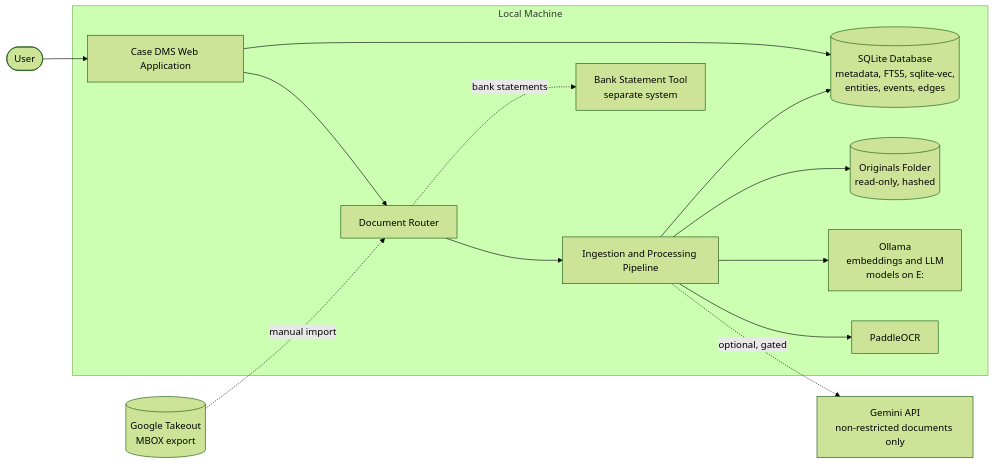
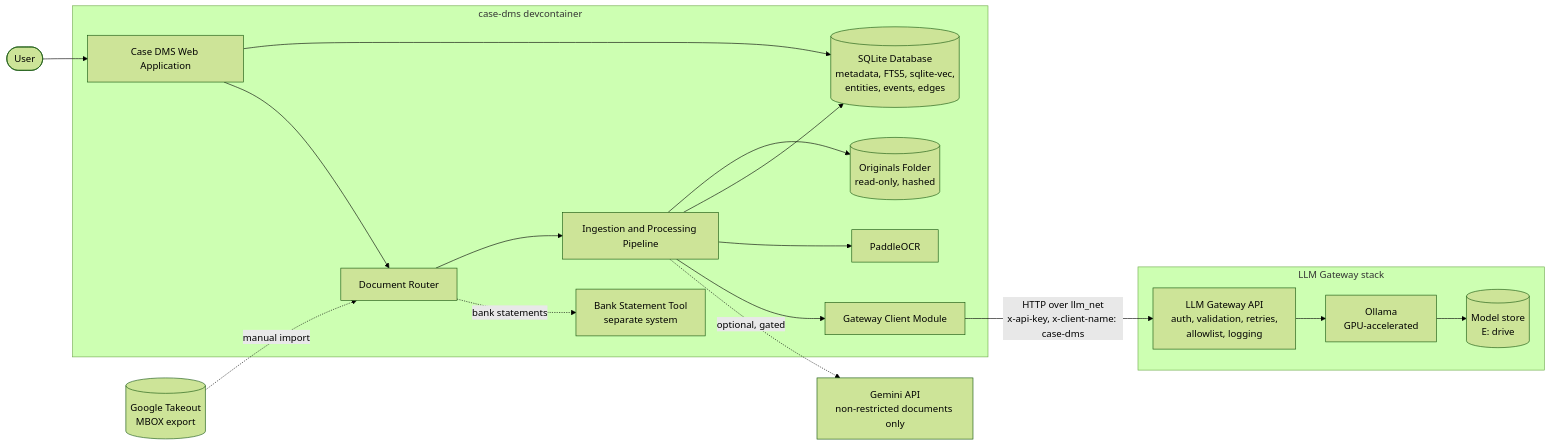
Before and after one commit to mitchell-richie/DOCUMENT_STORE: the first of 23 diagrams in ARCHITECTURE.md, drawn with Mermaid (forest theme). The commit also changed other lines of this file and 1 other file, not shown here.

Commit message:
Update approach to leverage existing local LLM Gateway

````diff
--- a/ARCHITECTURE.md
+++ b/ARCHITECTURE.md
@@ -133,28 +133,39 @@
 ```mermaid
 flowchart LR
     User([User])
-    subgraph Local Machine
+
+    subgraph Devcontainer[case-dms devcontainer]
         App[Case DMS Web Application]
         Router[Document Router]
         Pipeline[Ingestion and Processing Pipeline]
+        GWClient[Gateway Client Module]
+        Paddle[PaddleOCR]
         DB[(SQLite Database<br/>metadata, FTS5, sqlite-vec,<br/>entities, events, edges)]
         Files[(Originals Folder<br/>read-only, hashed)]
-        Ollama[Ollama<br/>embeddings and LLM<br/>models on E:]
-        Paddle[PaddleOCR]
         BankTool[Bank Statement Tool<br/>separate system]
     end
+
+    subgraph Gateway[LLM Gateway stack]
+        GWAPI[LLM Gateway API<br/>auth, validation, retries,<br/>allowlist, logging]
+        Ollama[Ollama<br/>GPU-accelerated]
+        Models[(Model store<br/>E: drive)]
+    end
+
     Takeout[(Google Takeout<br/>MBOX export)]
     Cloud[Gemini API<br/>non-restricted documents only]
 
     User --> App
     App --> DB
     App --> Router
     Router --> Pipeline
     Router -.bank statements.-> BankTool
     Pipeline --> Files
     Pipeline --> DB
     Pipeline --> Paddle
-    Pipeline --> Ollama
+    Pipeline --> GWClient
+    GWClient -->|HTTP over llm_net<br/>x-api-key, x-client-name: case-dms| GWAPI
+    GWAPI --> Ollama
+    Ollama --> Models
     Pipeline -.optional, gated.-> Cloud
     Takeout -.manual import.-> Router
 ```
````
